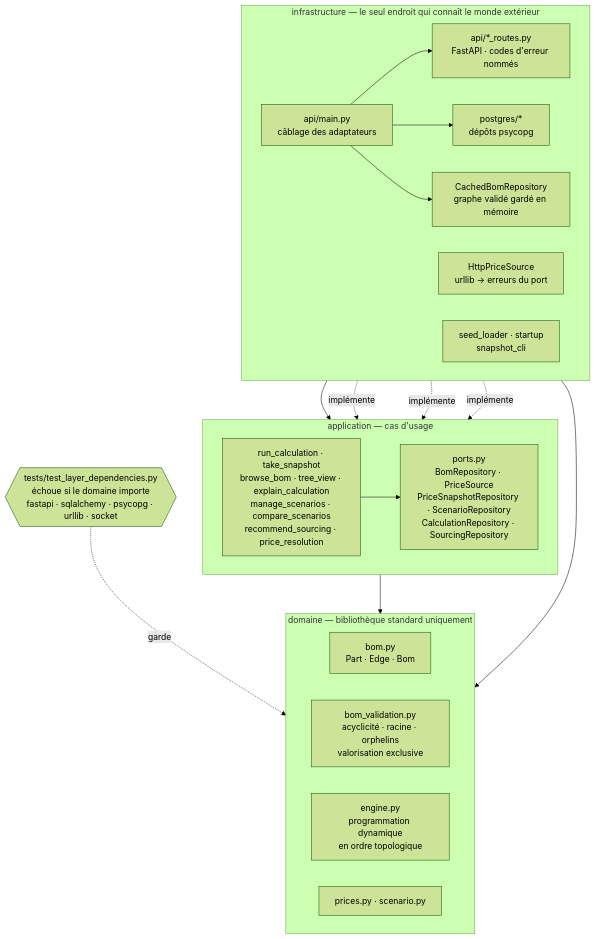
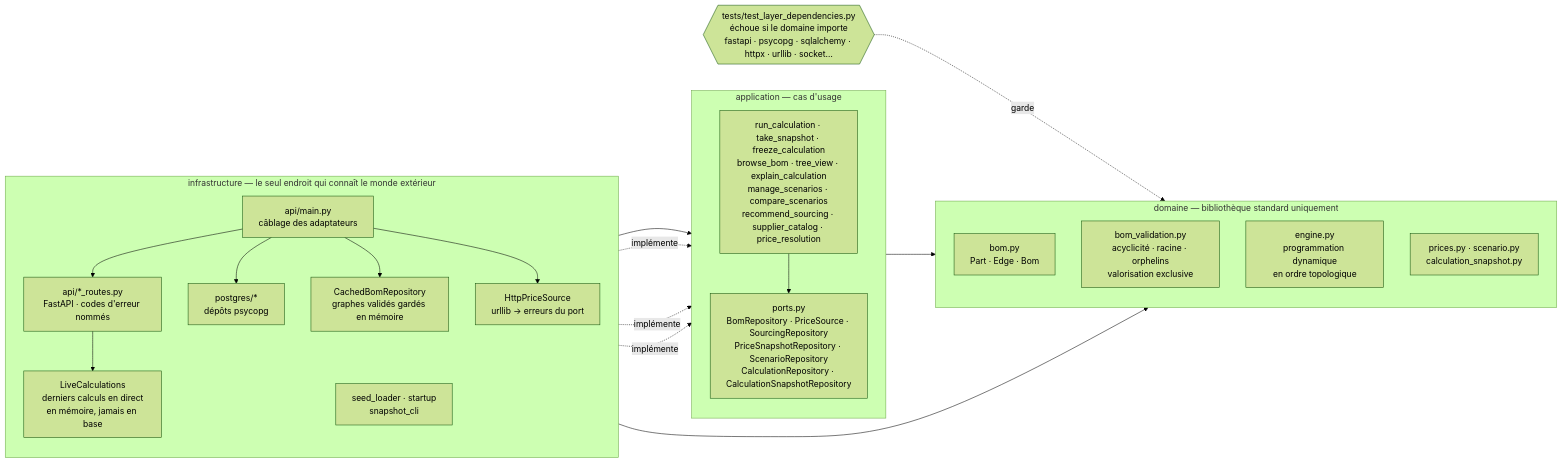
Before and after one commit to 3-Istor/NLPF: the second of 3 diagrams in car-cost/docs/architecture.md, drawn with Mermaid (forest theme). The commit also changed other lines of this file, not shown here.

````diff
--- a/car-cost/docs/architecture.md
+++ b/car-cost/docs/architecture.md
@@ -54,40 +62,43 @@
 ```mermaid
-flowchart TB
+flowchart LR
     subgraph infra["infrastructure — le seul endroit qui connaît le monde extérieur"]
-        direction LR
+        direction TB
         routes["api/*_routes.py<br/>FastAPI · codes d'erreur nommés"]
         main["api/main.py<br/>câblage des adaptateurs"]
         pg["postgres/*<br/>dépôts psycopg"]
-        cache["CachedBomRepository<br/>graphe validé gardé en mémoire"]
+        cache["CachedBomRepository<br/>graphes validés gardés en mémoire"]
+        live["LiveCalculations<br/>derniers calculs en direct<br/>en mémoire, jamais en base"]
         http["HttpPriceSource<br/>urllib → erreurs du port"]
         seed["seed_loader · startup<br/>snapshot_cli"]
     end
 
     subgraph app["application — cas d'usage"]
-        direction LR
-        uc["run_calculation · take_snapshot<br/>browse_bom · tree_view · explain_calculation<br/>manage_scenarios · compare_scenarios<br/>recommend_sourcing · price_resolution"]
-        ports["ports.py<br/>BomRepository · PriceSource<br/>PriceSnapshotRepository · ScenarioRepository<br/>CalculationRepository · SourcingRepository"]
+        direction TB
+        uc["run_calculation · take_snapshot · freeze_calculation<br/>browse_bom · tree_view · explain_calculation<br/>manage_scenarios · compare_scenarios<br/>recommend_sourcing · supplier_catalog · price_resolution"]
+        ports["ports.py<br/>BomRepository · PriceSource · SourcingRepository<br/>PriceSnapshotRepository · ScenarioRepository<br/>CalculationRepository · CalculationSnapshotRepository"]
     end
 
     subgraph domain["domaine — bibliothèque standard uniquement"]
-        direction LR
+        direction TB
         bom["bom.py<br/>Part · Edge · Bom"]
         val["bom_validation.py<br/>acyclicité · racine · orphelins<br/>valorisation exclusive"]
         engine["engine.py<br/>programmation dynamique<br/>en ordre topologique"]
-        prices["prices.py · scenario.py"]
+        prices["prices.py · scenario.py<br/>calculation_snapshot.py"]
     end
 
     routes --> uc
+    routes --> live
     main --> routes
     main --> pg
     main --> cache
+    main --> http
     pg -. "implémente" .-> ports
     cache -. "implémente" .-> ports
     http -. "implémente" .-> ports
     uc --> ports
     uc --> domain
     seed --> val
 
-    archtest{{"tests/test_layer_dependencies.py<br/>échoue si le domaine importe<br/>fastapi · sqlalchemy · psycopg · urllib · socket"}}
+    archtest{{"tests/test_layer_dependencies.py<br/>échoue si le domaine importe<br/>fastapi · psycopg · sqlalchemy · httpx · urllib · socket…"}}
     archtest -. "garde" .-> domain
 ```
````
